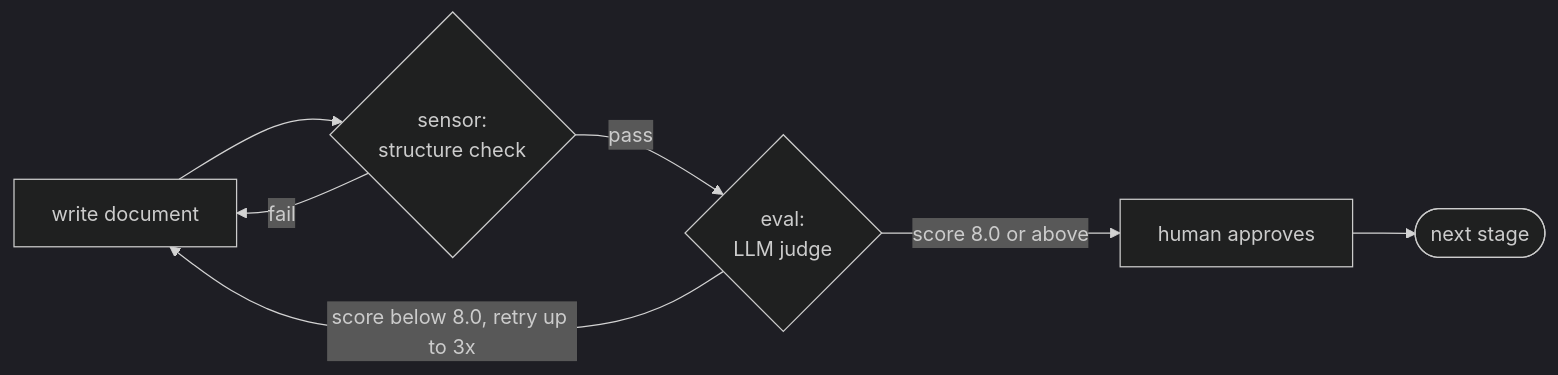
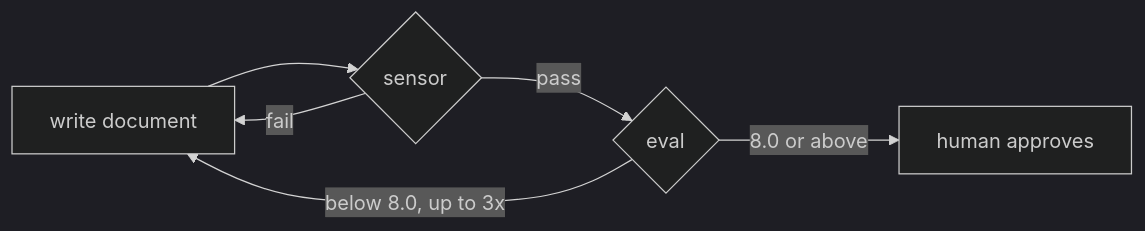
The diagram in README.md (Pierry/harness-kit), drawn with Mermaid (dark theme) before and after one commit. The commit also changed other lines of this file and 130 other files, not shown here.

````diff
--- a/README.md
+++ b/README.md
@@ -206,9 +83,8 @@
 ```mermaid
 flowchart LR
-    gen[write document] --> sensor{sensor:<br/>structure check}
+    gen[write document] --> sensor{sensor}
     sensor -->|fail| gen
-    sensor -->|pass| eval{eval:<br/>LLM judge}
-    eval -->|score below 8.0, retry up to 3x| gen
-    eval -->|score 8.0 or above| approve[human approves]
-    approve --> next([next stage])
+    sensor -->|pass| eval{eval}
+    eval -->|below 8.0, up to 3x| gen
+    eval -->|8.0 or above| approve[human approves]
 ```
````
